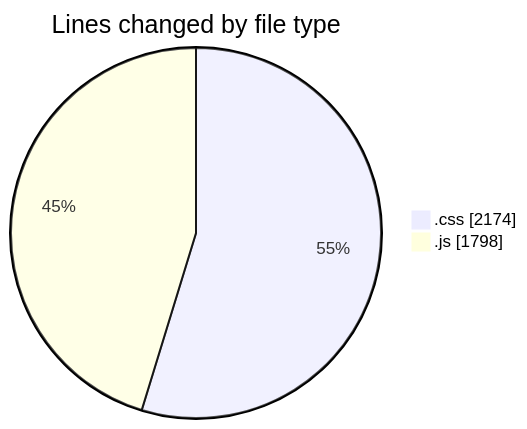
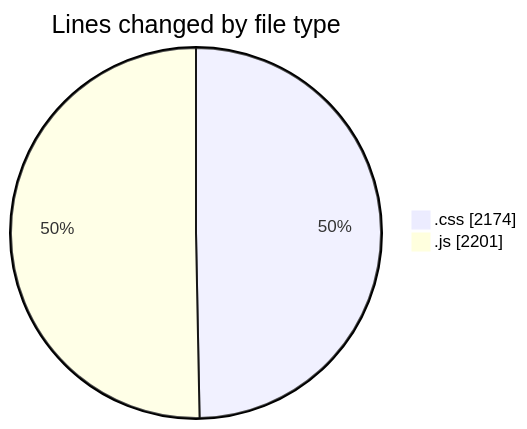
One commit to tmsrecording-cyber/code-tracking changed the first of 2 diagrams in 2026-04-23/darkwire/README.md. Above: the diagram before and after it, drawn with Mermaid. The commit also changed other lines of this file and 1 other file, not shown here.

````diff
--- a/2026-04-23/darkwire/README.md
+++ b/2026-04-23/darkwire/README.md
@@ -27,6 +28,6 @@
 ```mermaid
 pie showData
 title Lines changed by file type
 ".css" : 2174
-".js" : 1798
+".js" : 2201
 ```
````
